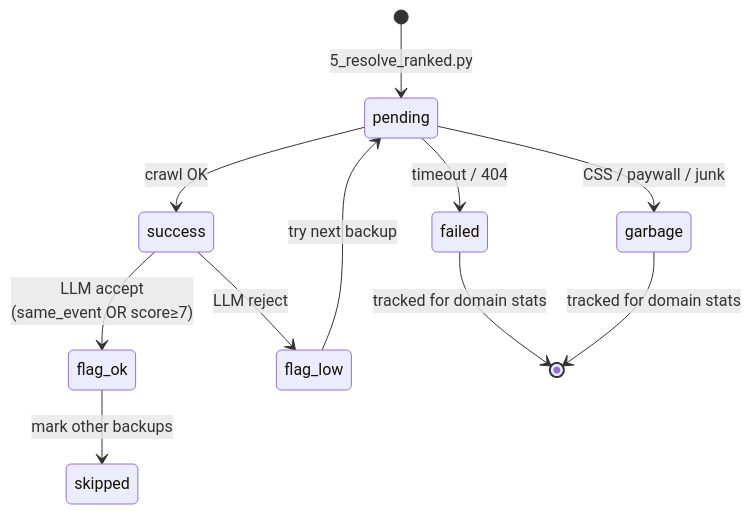
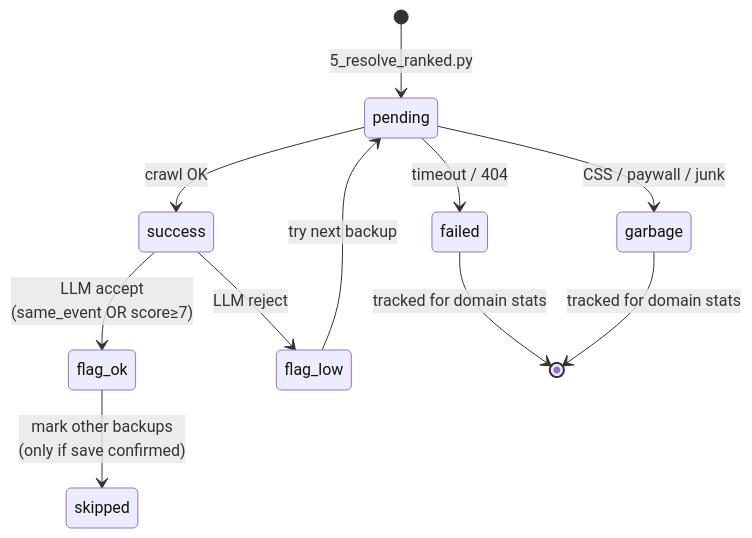
Before and after one commit to choym92/araverus: the sixth of 7 diagrams in docs/1-news-backend.md, drawn with Mermaid. The commit also changed other lines of this file and 7 other files, not shown here.

````diff
--- a/docs/1-news-backend.md
+++ b/docs/1-news-backend.md
@@ -344,17 +345,17 @@
 ```mermaid
 stateDiagram-v2
     [*] --> pending: 5_resolve_ranked.py
 
     pending --> success: crawl OK
     pending --> failed: timeout / 404
     pending --> garbage: CSS / paywall / junk
 
     success --> flag_ok: LLM accept<br/>(same_event OR score≥7)
     success --> flag_low: LLM reject
 
-    flag_ok --> skipped: mark other backups
+    flag_ok --> skipped: mark other backups<br/>(only if save confirmed)
     flag_low --> pending: try next backup
 
     failed --> [*]: tracked for domain stats
     garbage --> [*]: tracked for domain stats
 ```
````
